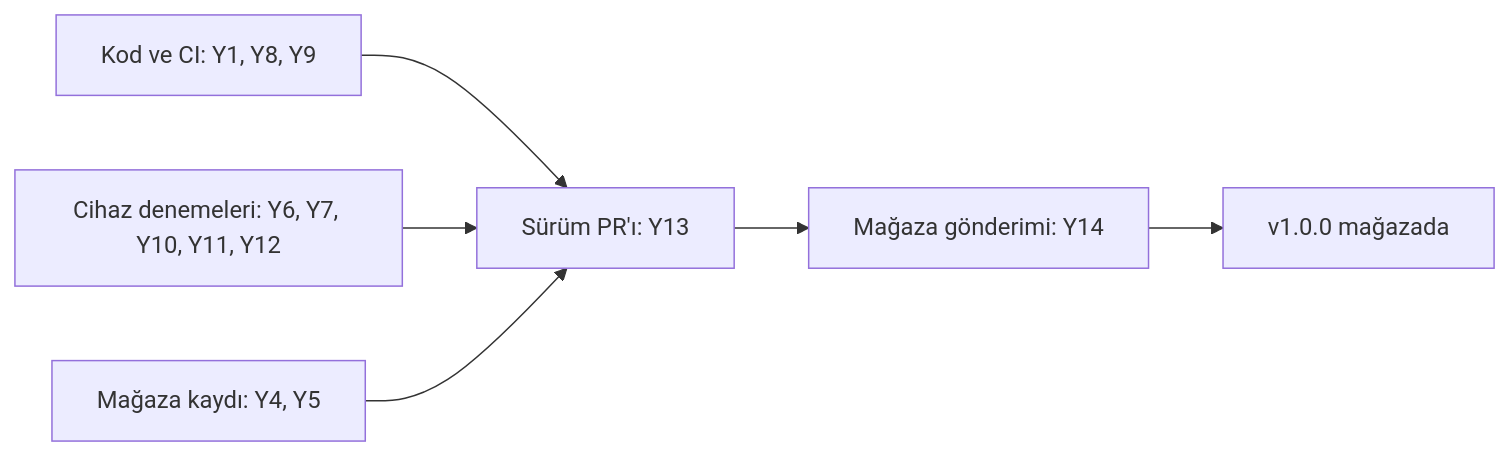
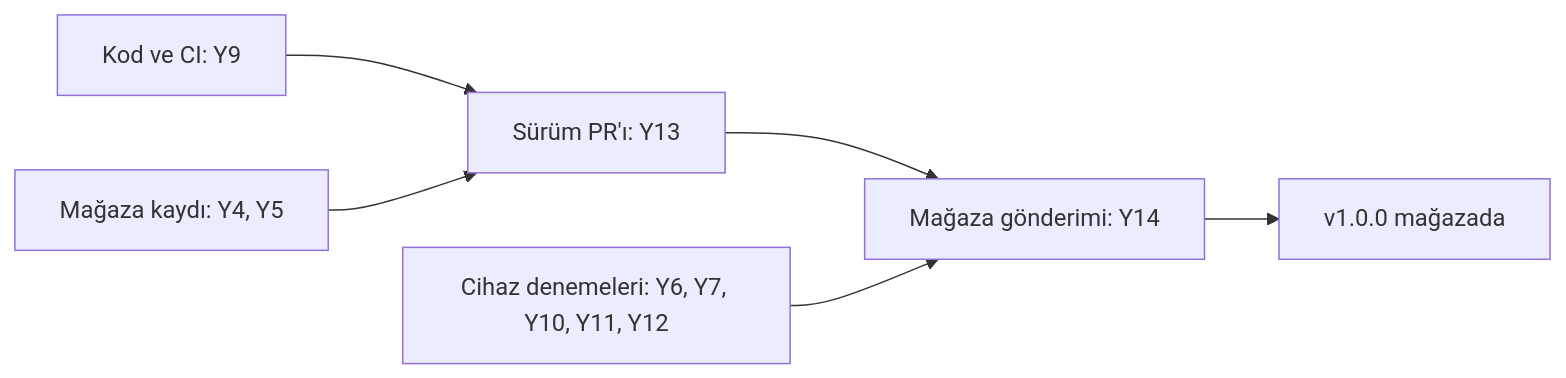
The third of 3 diagrams in docs/roadmap.md (dogancanyildiz/kenet), drawn with Mermaid before and after one commit. The commit also changed other lines of this file and 1 other file, not shown here.

````diff
--- a/docs/roadmap.md
+++ b/docs/roadmap.md
@@ -67,8 +68,8 @@
 ```mermaid
 flowchart LR
-    K["Kod ve CI: Y1, Y8, Y9"] --> P["Sürüm PR'ı: Y13"]
-    C["Cihaz denemeleri: Y6, Y7, Y10, Y11, Y12"] --> P
+    K["Kod ve CI: Y9"] --> P["Sürüm PR'ı: Y13"]
     S["Mağaza kaydı: Y4, Y5"] --> P
     P --> G["Mağaza gönderimi: Y14"]
+    C["Cihaz denemeleri: Y6, Y7, Y10, Y11, Y12"] --> G
     G --> V["v1.0.0 mağazada"]
 ```
````
